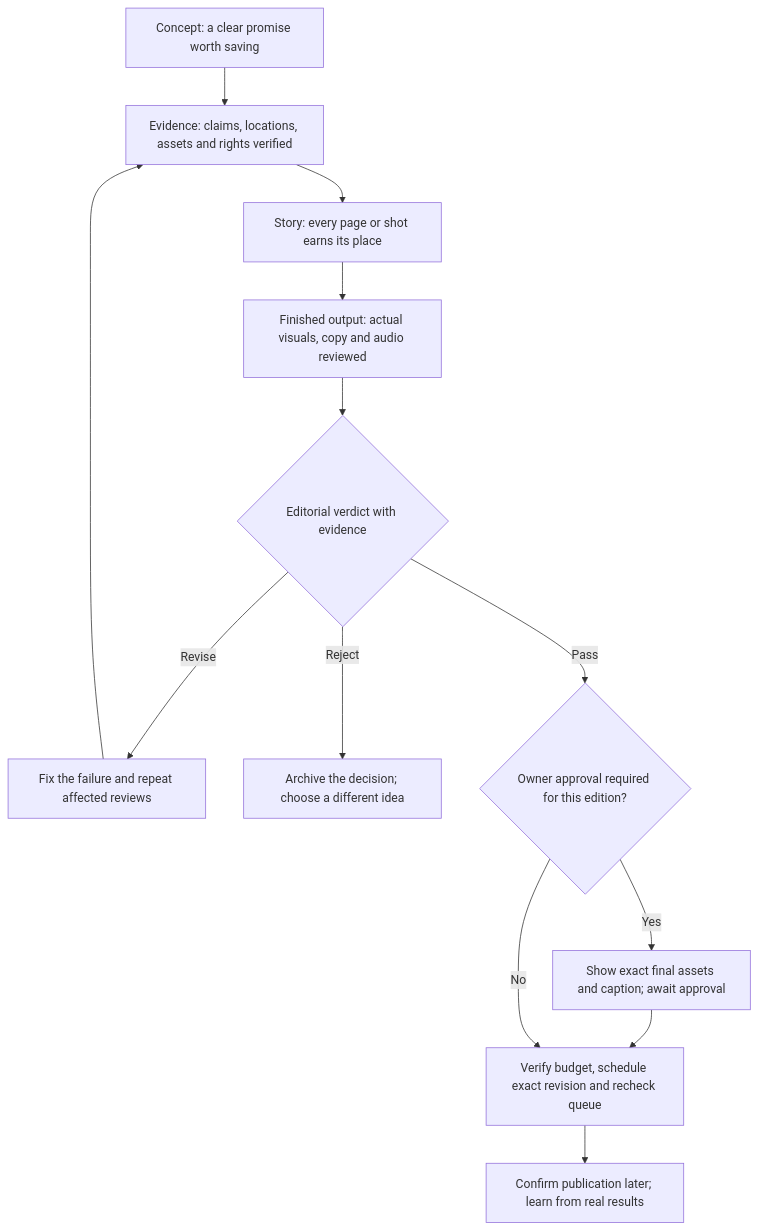
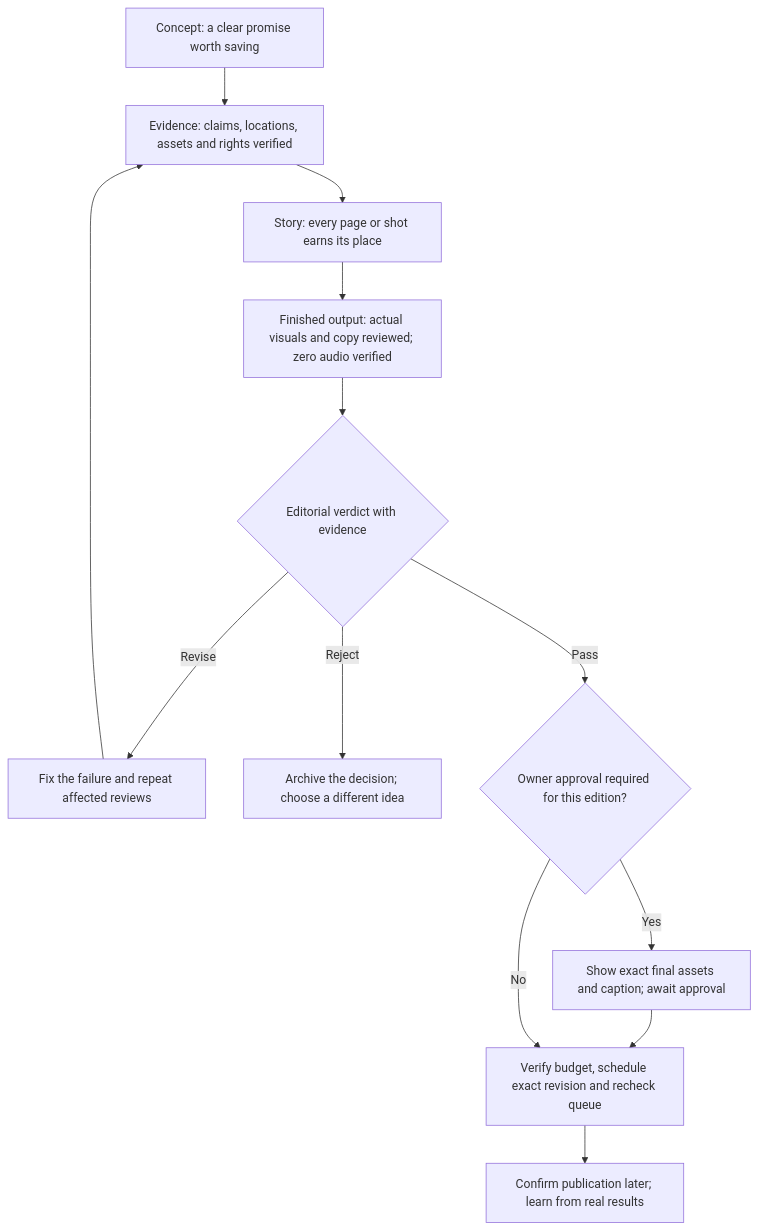
One commit to benbarraclough/yourtravelatlas-media changed the fifth of 5 diagrams in CONTENT_PROCESS.md. Above: the diagram before and after it, drawn with Mermaid. The commit also changed other lines of this file and 8 other files, not shown here.

````diff
--- a/CONTENT_PROCESS.md
+++ b/CONTENT_PROCESS.md
@@ -113,15 +107,15 @@
 ```mermaid
 flowchart TD
     A["Concept: a clear promise worth saving"] --> B["Evidence: claims, locations, assets and rights verified"]
     B --> C["Story: every page or shot earns its place"]
-    C --> D["Finished output: actual visuals, copy and audio reviewed"]
+    C --> D["Finished output: actual visuals and copy reviewed; zero audio verified"]
     D --> E{"Editorial verdict with evidence"}
     E -->|"Revise"| F["Fix the failure and repeat affected reviews"]
     F --> B
     E -->|"Reject"| G["Archive the decision; choose a different idea"]
     E -->|"Pass"| H{"Owner approval required for this edition?"}
     H -->|"Yes"| I["Show exact final assets and caption; await approval"]
     I --> J["Verify budget, schedule exact revision and recheck queue"]
     H -->|"No"| J
     J --> K["Confirm publication later; learn from real results"]
 ```
````
